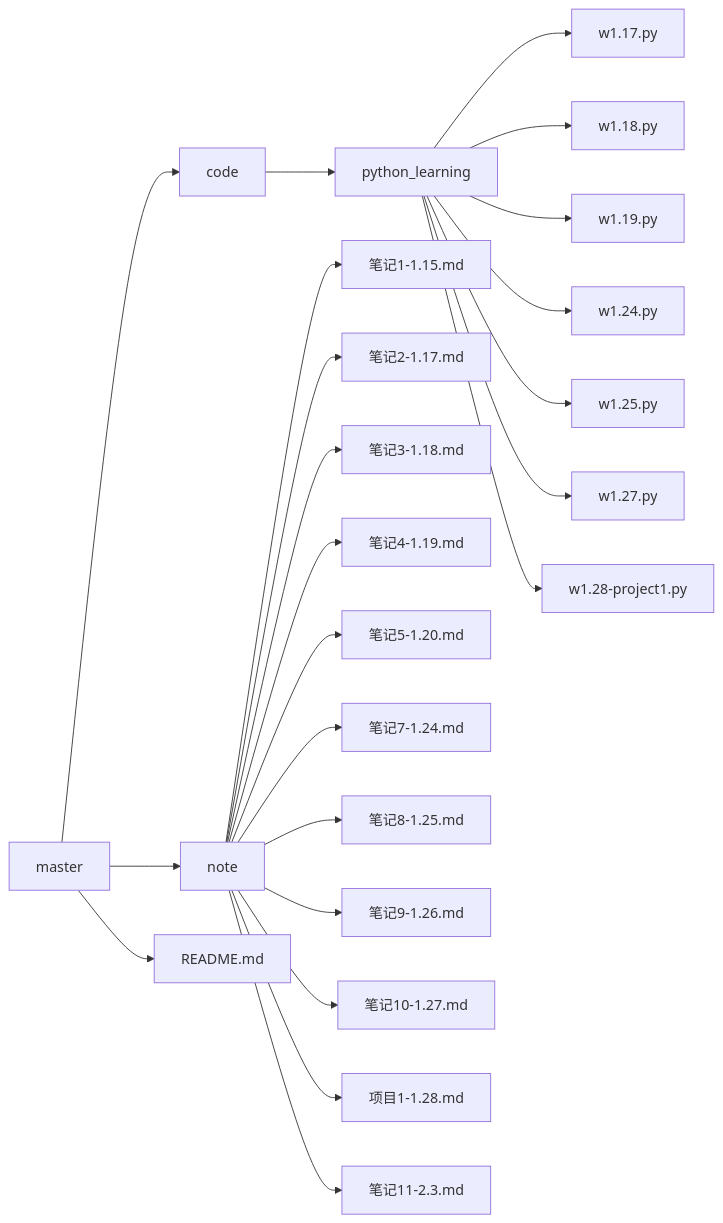
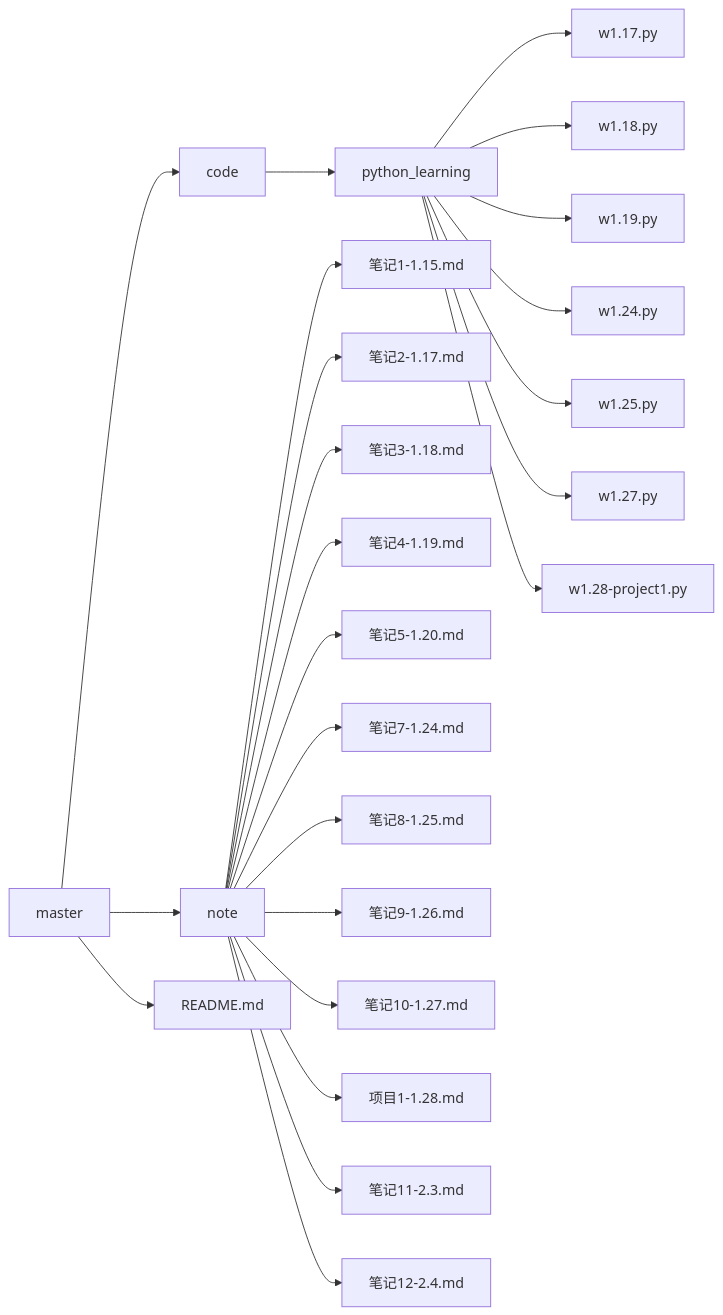
The diagram in README.md (sevanthea7/QG_winter_camp), drawn with Mermaid before and after one commit. The commit also changed other lines of this file, not shown here.

````diff
--- a/README.md
+++ b/README.md
@@ -1,25 +1,26 @@
 ```mermaid
 graph LR
 master --> code
 code --> python_learning
 python_learning --> w1.17.py
 python_learning --> w1.18.py
 python_learning --> w1.19.py
 python_learning --> w1.24.py
 python_learning --> w1.25.py
 python_learning --> w1.27.py
 python_learning --> w1.28-project1.py
 master --> note
 note --> 笔记1-1.15.md
 note --> 笔记2-1.17.md
 note --> 笔记3-1.18.md
 note --> 笔记4-1.19.md
 note --> 笔记5-1.20.md
 note --> 笔记7-1.24.md
 note --> 笔记8-1.25.md
 note --> 笔记9-1.26.md
 note --> 笔记10-1.27.md
 note --> 项目1-1.28.md
 note --> 笔记11-2.3.md
+note --> 笔记12-2.4.md
 master --> README.md
 ```
````
